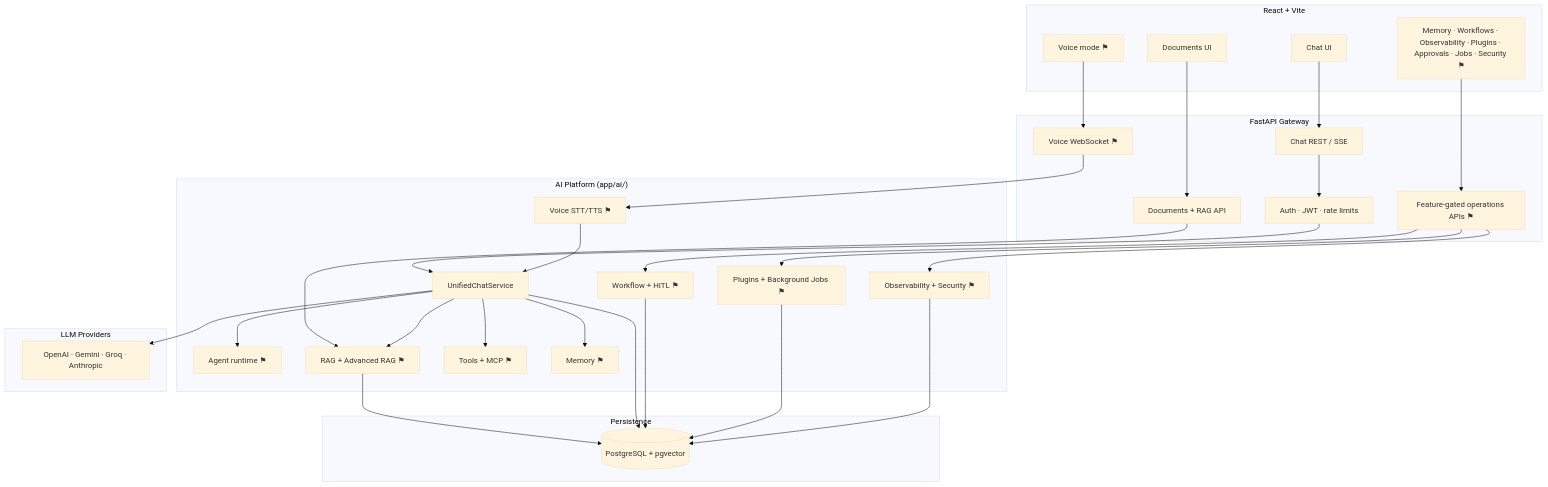
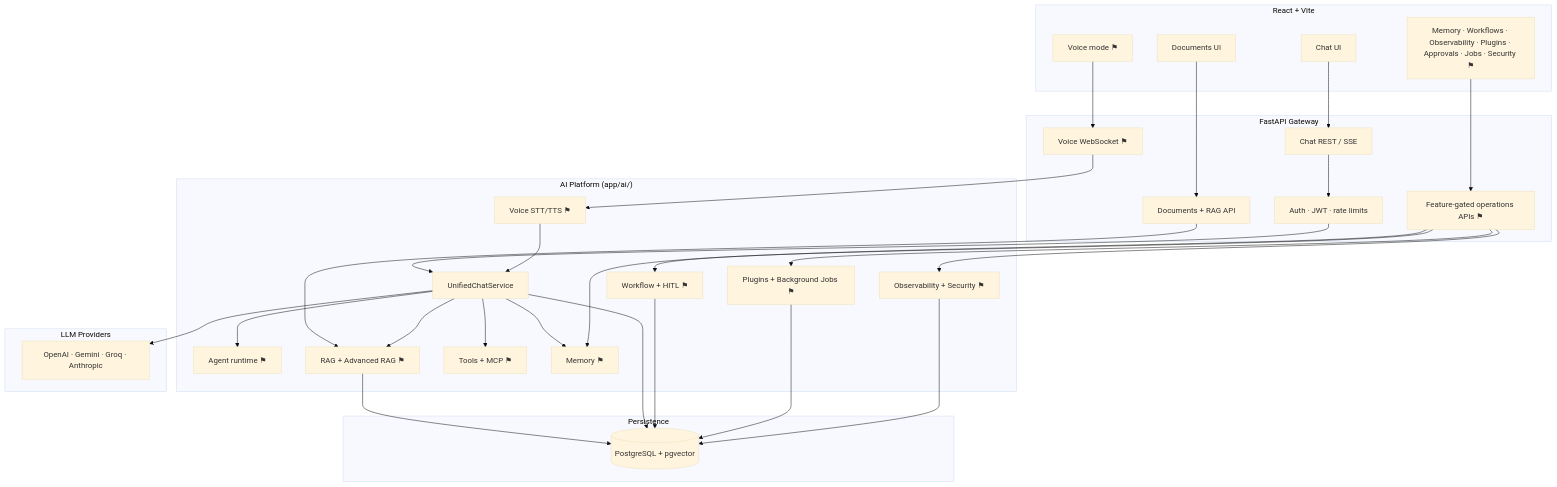
The diagram in README.md (pateatlau/fullstack-ai-platform), drawn with Mermaid (base theme) before and after one commit. The commit also changed other lines of this file and 3 other files, not shown here.

````diff
--- a/README.md
+++ b/README.md
@@ -73,58 +73,59 @@
 ```mermaid
 flowchart TB
   subgraph Client["React + Vite"]
     Chat["Chat UI"]
     DocsUI["Documents UI"]
     VoiceUI["Voice mode ⚑"]
     OpsUI["Memory · Workflows · Observability · Plugins · Approvals · Jobs · Security ⚑"]
   end
 
   subgraph API["FastAPI Gateway"]
     Auth["Auth · JWT · rate limits"]
     ChatAPI["Chat REST / SSE"]
     VoiceWS["Voice WebSocket ⚑"]
     DocAPI["Documents + RAG API"]
     OpsAPI["Feature-gated operations APIs ⚑"]
   end
 
   subgraph Platform["AI Platform (app/ai/)"]
     UCS["UnifiedChatService"]
     Agent["Agent runtime ⚑"]
     RAG["RAG + Advanced RAG ⚑"]
     Tools["Tools + MCP ⚑"]
     Voice["Voice STT/TTS ⚑"]
     Memory["Memory ⚑"]
     Workflow["Workflow + HITL ⚑"]
     Extensions["Plugins + Background Jobs ⚑"]
     Governance["Observability + Security ⚑"]
   end
 
   subgraph Providers["LLM Providers"]
     LLM["OpenAI · Gemini · Groq · Anthropic"]
   end
 
   subgraph Data["Persistence"]
     PG[("PostgreSQL + pgvector")]
   end
 
   Chat --> ChatAPI
   VoiceUI --> VoiceWS
   DocsUI --> DocAPI
   OpsUI --> OpsAPI
   ChatAPI --> Auth --> UCS
   VoiceWS --> Voice --> UCS
   DocAPI --> RAG
   UCS --> Agent
   UCS --> RAG
   UCS --> Tools
   UCS --> LLM
   UCS --> Memory
+  OpsAPI --> Memory
   OpsAPI --> Workflow
   OpsAPI --> Extensions
   OpsAPI --> Governance
   RAG --> PG
   UCS --> PG
   Workflow --> PG
   Extensions --> PG
   Governance --> PG
 ```
````
